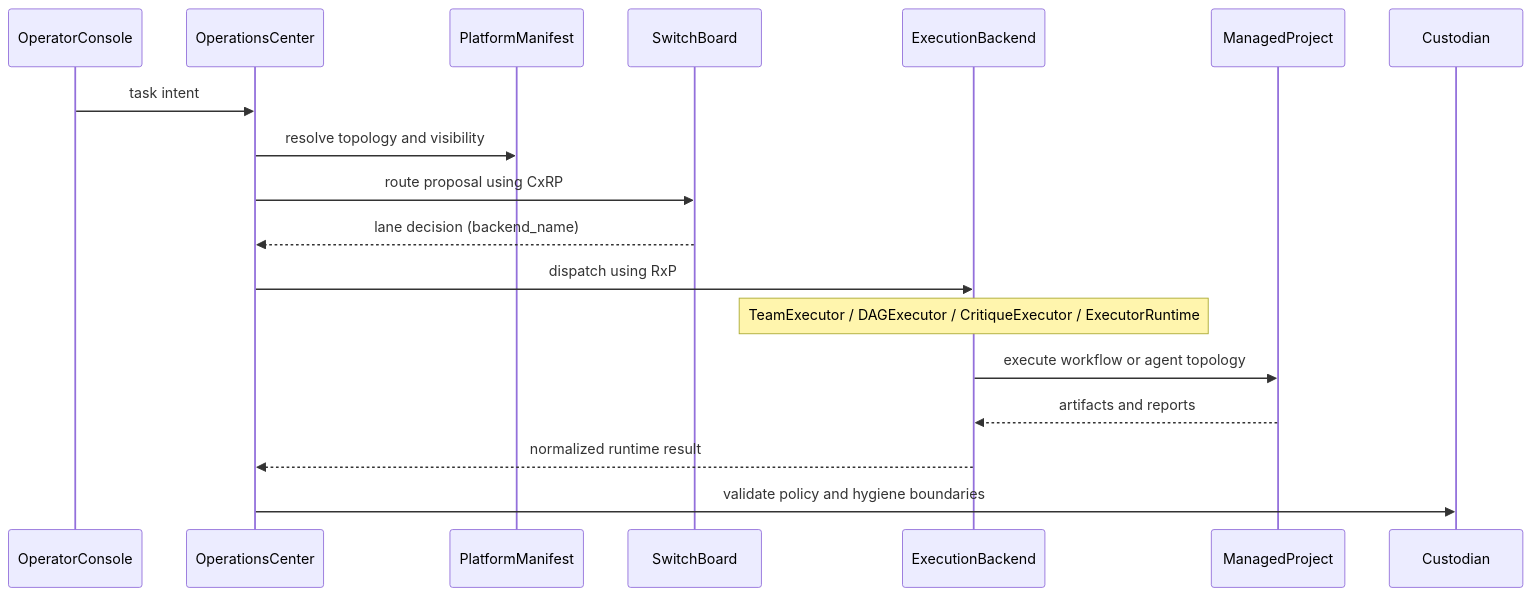
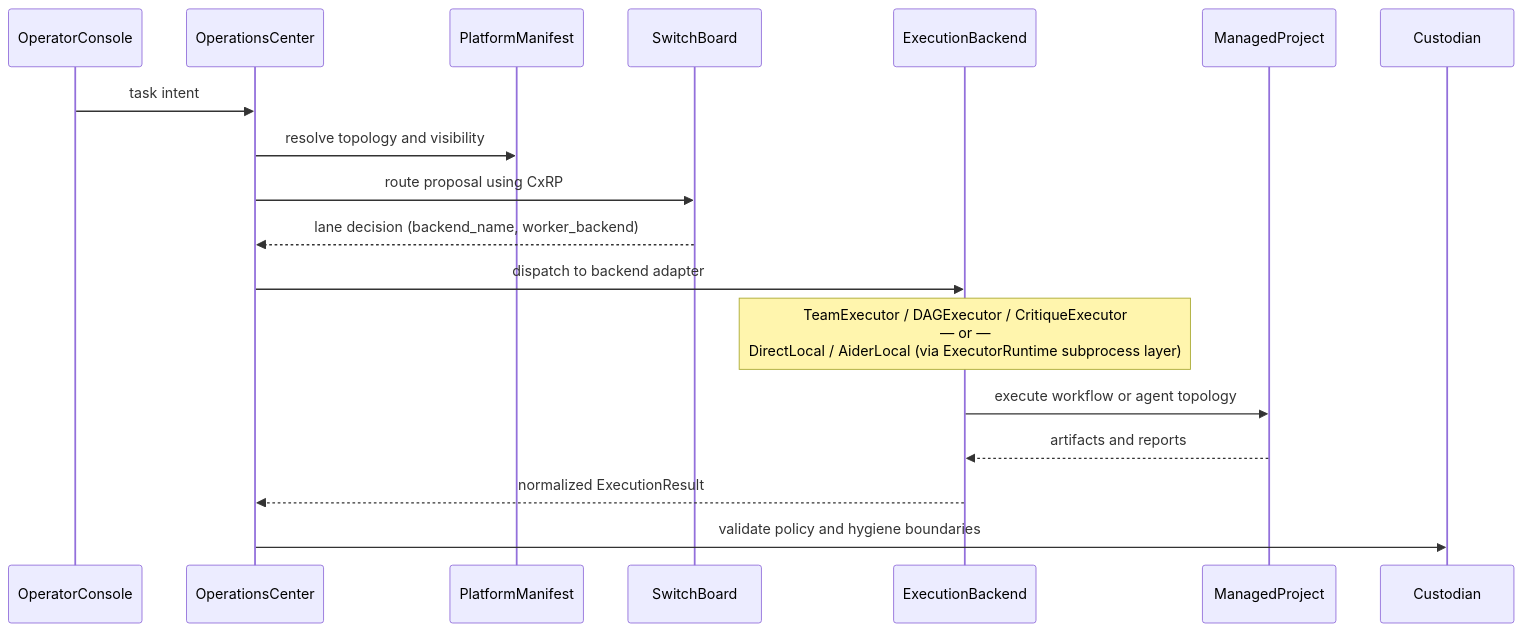
One commit to ProtocolWarden/ProtocolWarden.github.io changed the diagram in docs/architecture/execution-flow.md. Above: the diagram before and after it, drawn with Mermaid. The commit also changed other lines of this file and 17 other files, not shown here.

First line of the commit message:
docs: correct ExecutorRuntime role across all documentation

````diff
--- a/docs/architecture/execution-flow.md
+++ b/docs/architecture/execution-flow.md
@@ -3,21 +3,21 @@
 ```mermaid
 sequenceDiagram
     participant OC as OperatorConsole
     participant OPS as OperationsCenter
     participant PM as PlatformManifest
     participant SB as SwitchBoard
     participant BE as ExecutionBackend
     participant MP as ManagedProject
     participant CU as Custodian
 
     OC->>OPS: task intent
     OPS->>PM: resolve topology and visibility
     OPS->>SB: route proposal using CxRP
-    SB-->>OPS: lane decision (backend_name)
-    OPS->>BE: dispatch using RxP
-    note over BE: TeamExecutor / DAGExecutor / CritiqueExecutor / ExecutorRuntime
+    SB-->>OPS: lane decision (backend_name, worker_backend)
+    OPS->>BE: dispatch to backend adapter
+    note over BE: TeamExecutor / DAGExecutor / CritiqueExecutor<br/>— or —<br/>DirectLocal / AiderLocal (via ExecutorRuntime subprocess layer)
     BE->>MP: execute workflow or agent topology
     MP-->>BE: artifacts and reports
-    BE-->>OPS: normalized runtime result
+    BE-->>OPS: normalized ExecutionResult
     OPS->>CU: validate policy and hygiene boundaries
 ```
````
